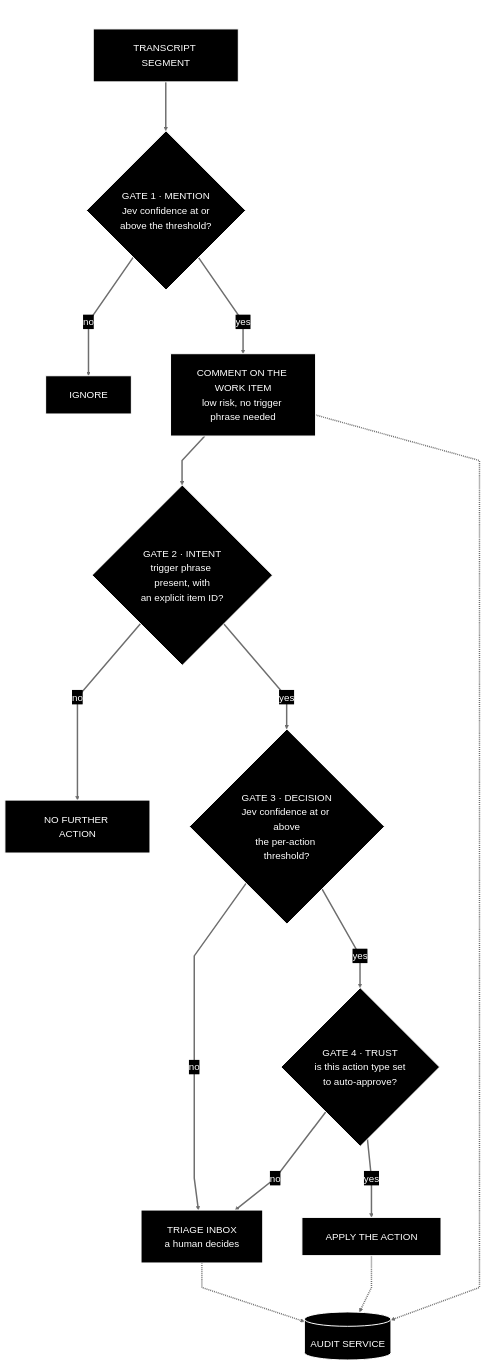
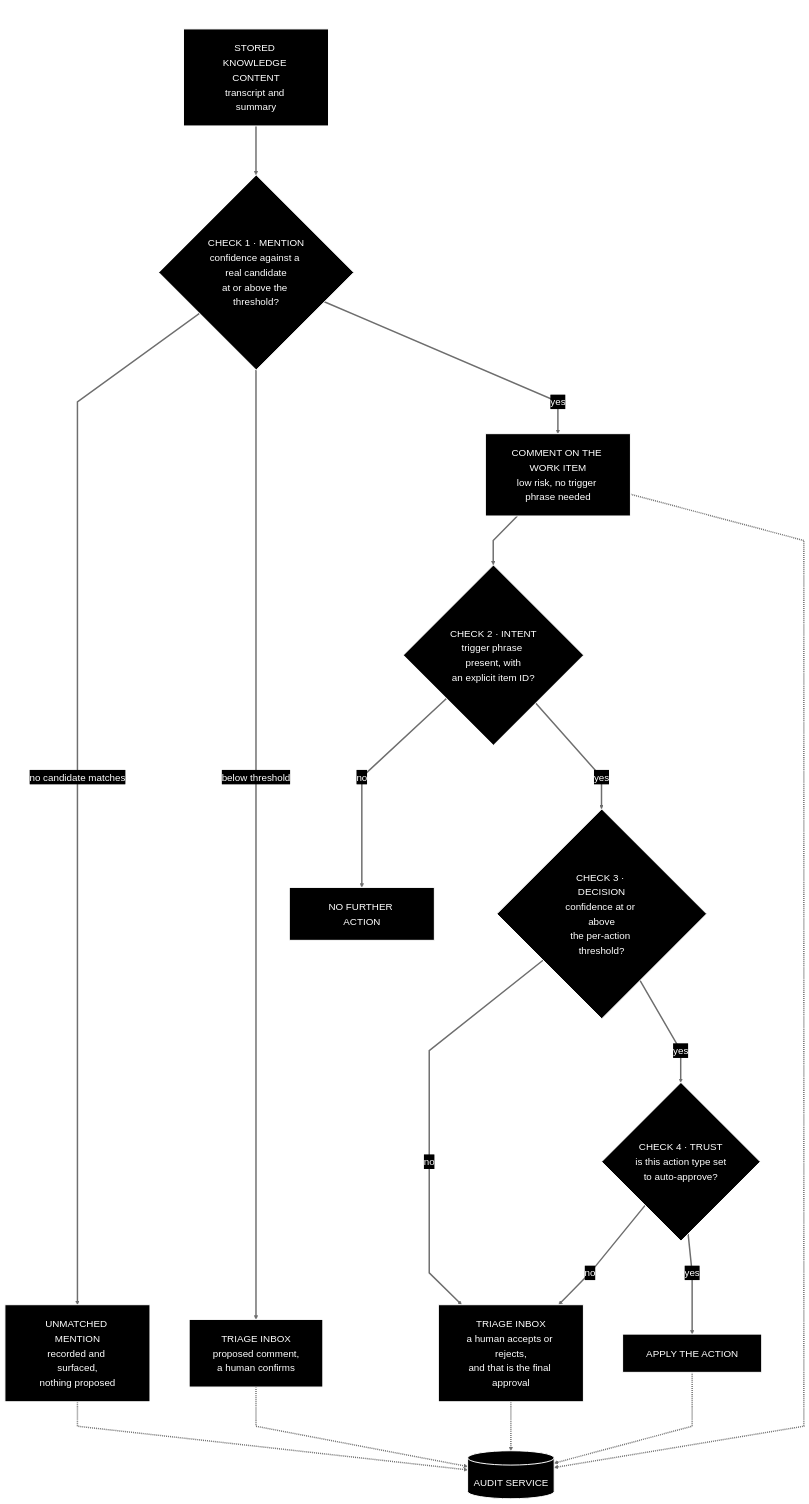
The diagram in prd/09-trust-safety-and-audit.md (JamesTwisleton/capture-knowledge-action), drawn with Mermaid before and after one commit. The commit also changed other lines of this file and 17 other files, not shown here.

````diff
--- a/prd/09-trust-safety-and-audit.md
+++ b/prd/09-trust-safety-and-audit.md
@@ -7,22 +7,25 @@
 ```mermaid
 ---
 title: The gate model, from transcript segment to action
 ---
 %%{init: {"theme":"base","themeVariables":{"background":"#000000","fontSize":"20px","primaryColor":"#000000","primaryTextColor":"#ffffff","primaryBorderColor":"#ffffff","secondaryColor":"#000000","secondaryTextColor":"#ffffff","secondaryBorderColor":"#ffffff","tertiaryColor":"#000000","tertiaryTextColor":"#ffffff","tertiaryBorderColor":"#ffffff","lineColor":"#6e6e6e","textColor":"#ffffff","mainBkg":"#000000","nodeBorder":"#ffffff","nodeTextColor":"#ffffff","clusterBkg":"#000000","clusterBorder":"#ffffff","titleColor":"#6e6e6e","edgeLabelBackground":"#000000"},"flowchart":{"nodeSpacing":80,"rankSpacing":100,"padding":24,"curve":"linear"},"themeCSS":"svg{background:#000000 !important;}"}}%%
 flowchart TB
-  T["TRANSCRIPT SEGMENT"] ==> G1{"GATE 1 · MENTION<br/>Jev confidence at or<br/>above the threshold?"}
-  G1 ==>|"no"| X1["IGNORE"]
+  T["STORED KNOWLEDGE CONTENT<br/>transcript and summary"] ==> G1{"CHECK 1 · MENTION<br/>confidence against a real candidate<br/>at or above the threshold?"}
+  G1 ==>|"no candidate matches"| X1["UNMATCHED MENTION<br/>recorded and surfaced,<br/>nothing proposed"]
+  G1 ==>|"below threshold"| PC["TRIAGE INBOX<br/>proposed comment,<br/>a human confirms"]
   G1 ==>|"yes"| C1["COMMENT ON THE WORK ITEM<br/>low risk, no trigger phrase needed"]
-  C1 ==> G2{"GATE 2 · INTENT<br/>trigger phrase present, with<br/>an explicit item ID?"}
+  C1 ==> G2{"CHECK 2 · INTENT<br/>trigger phrase present, with<br/>an explicit item ID?"}
   G2 ==>|"no"| X2["NO FURTHER ACTION"]
-  G2 ==>|"yes"| G3{"GATE 3 · DECISION<br/>Jev confidence at or above<br/>the per-action threshold?"}
-  G3 ==>|"no"| INBOX["TRIAGE INBOX<br/>a human decides"]
-  G3 ==>|"yes"| G4{"GATE 4 · TRUST<br/>is this action type set<br/>to auto-approve?"}
+  G2 ==>|"yes"| G3{"CHECK 3 · DECISION<br/>confidence at or above<br/>the per-action threshold?"}
+  G3 ==>|"no"| INBOX["TRIAGE INBOX<br/>a human accepts or rejects,<br/>and that is the final approval"]
+  G3 ==>|"yes"| G4{"CHECK 4 · TRUST<br/>is this action type set<br/>to auto-approve?"}
   G4 ==>|"no"| INBOX
   G4 ==>|"yes"| ACT["APPLY THE ACTION"]
   C1 -.-> AUD[("AUDIT SERVICE")]
+  X1 -.-> AUD
+  PC -.-> AUD
   INBOX -.-> AUD
   ACT -.-> AUD
   classDef default fill:#000000,stroke:#ffffff,stroke-width:2px,color:#ffffff
   linkStyle default stroke:#6e6e6e,stroke-width:3px
 ```
````
